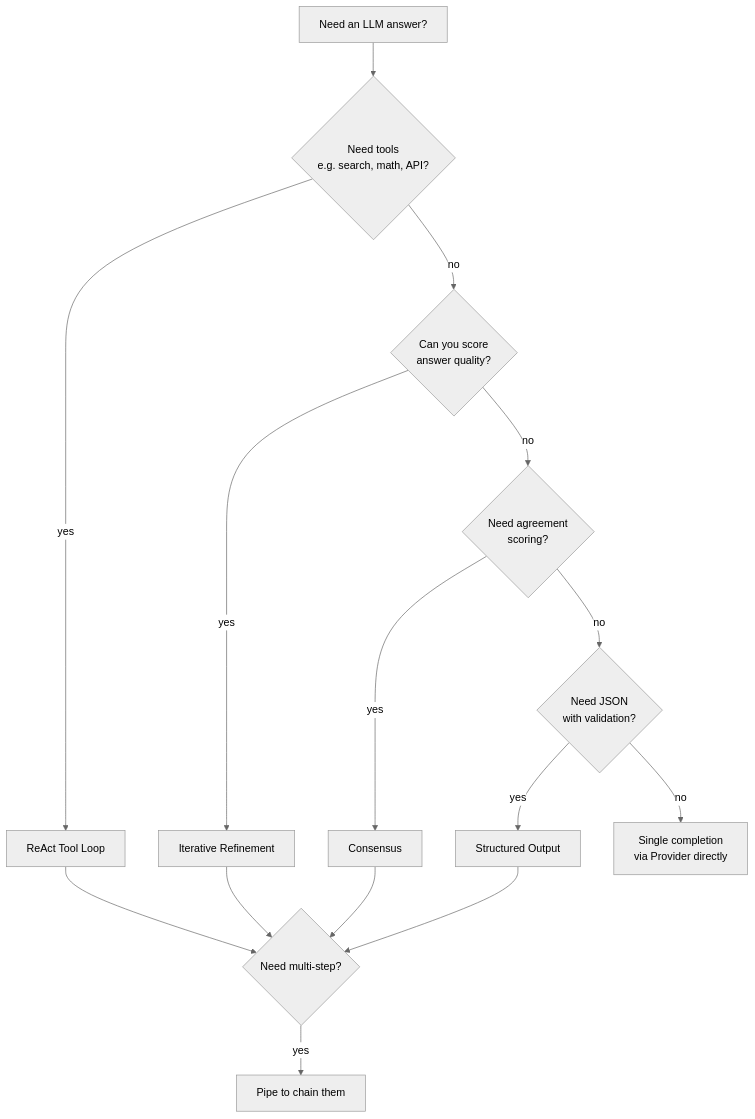
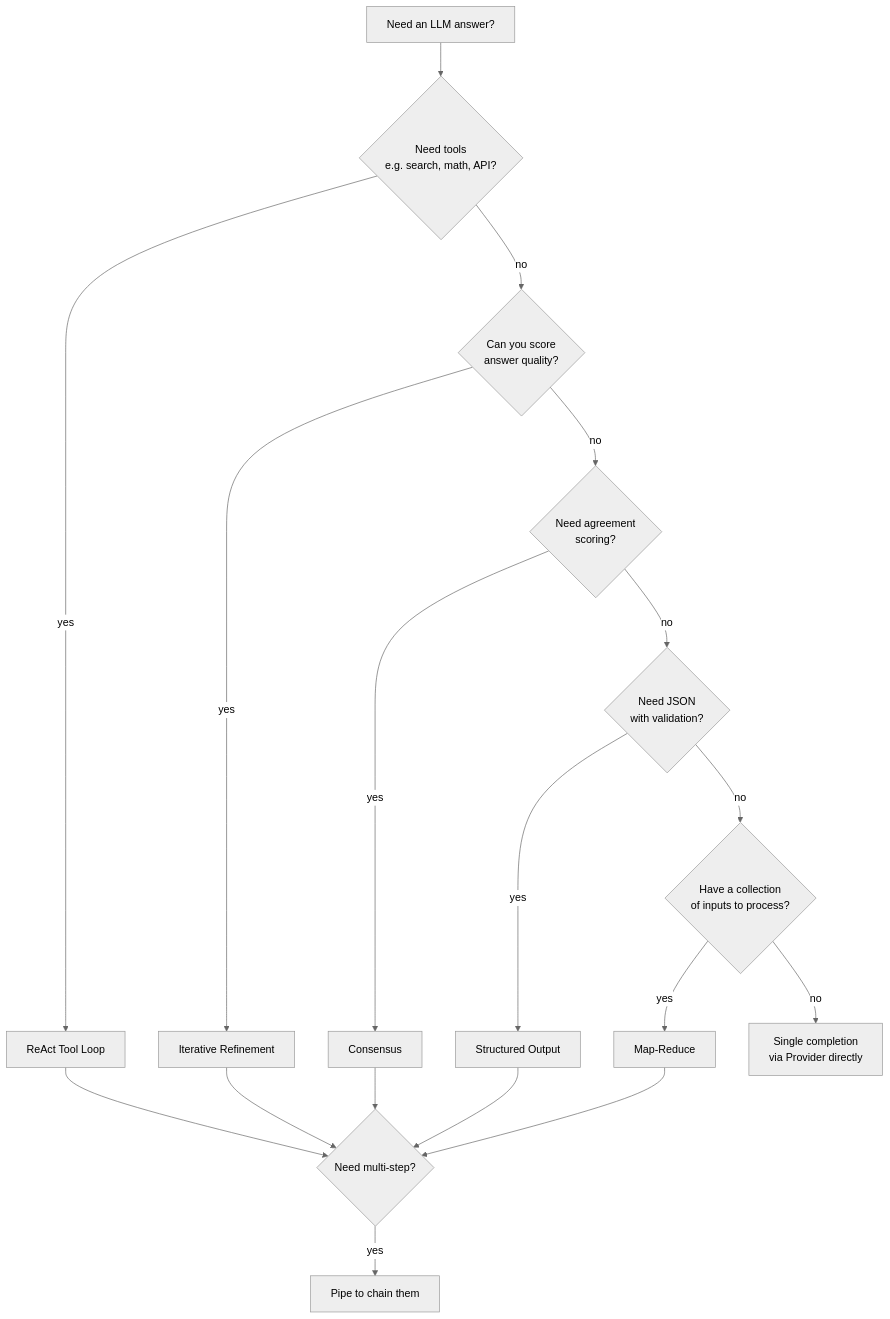
The diagram in docs/patterns/index.md (tafreeman/executionkit), drawn with Mermaid (neutral theme) before and after one commit. The commit also changed other lines of this file, not shown here.

Commit message:
docs(patterns): list map-reduce in the patterns index (#19)
The map-reduce pattern and its docs/patterns/map-reduce.md page already ship, but the patterns overview still said five patterns and omitted the row and flowchart node. Add them. Docs only.

````diff
--- a/docs/patterns/index.md
+++ b/docs/patterns/index.md
@@ -15,17 +16,20 @@
 ```mermaid
 flowchart TD
     A[Need an LLM answer?] --> B{Need tools<br/>e.g. search, math, API?}
     B -- yes --> C[ReAct Tool Loop]
     B -- no --> D{Can you score<br/>answer quality?}
     D -- yes --> E[Iterative Refinement]
     D -- no --> F{Need agreement<br/>scoring?}
     F -- yes --> G[Consensus]
     F -- no --> K{Need JSON<br/>with validation?}
     K -- yes --> L[Structured Output]
-    K -- no --> H[Single completion<br/>via Provider directly]
+    K -- no --> M{Have a collection<br/>of inputs to process?}
+    M -- yes --> N[Map-Reduce]
+    M -- no --> H[Single completion<br/>via Provider directly]
     C --> I{Need multi-step?}
     E --> I
     G --> I
     L --> I
+    N --> I
     I -- yes --> J[Pipe to chain them]
 ```
````
